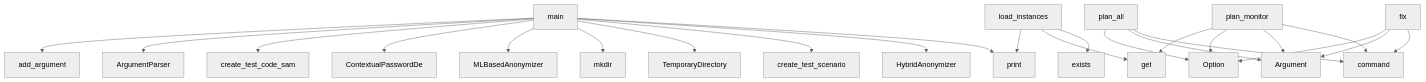
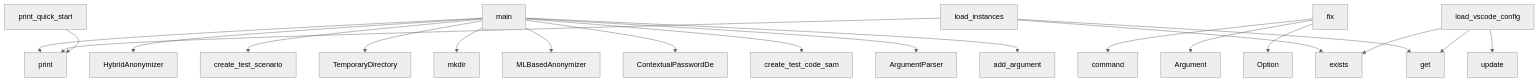
Before and after one commit to semcod/llx: the diagram in project/context.md, drawn with Mermaid (neutral theme). The commit also changed other lines of this file and 82 other files, not shown here.

````diff
--- a/project/context.md
+++ b/project/context.md
@@ -586,26 +583,23 @@
 ```mermaid
 graph TD
     main --> print
     main --> HybridAnonymizer
     main --> create_test_scenario
     main --> TemporaryDirectory
     main --> mkdir
     main --> MLBasedAnonymizer
     fix --> command
     fix --> Argument
     fix --> Option
     main --> ContextualPasswordDe
     main --> create_test_code_sam
-    plan_all --> command
-    plan_all --> Argument
-    plan_all --> Option
     main --> ArgumentParser
     main --> add_argument
     load_instances --> exists
     load_instances --> get
     load_instances --> print
-    plan_monitor --> command
-    plan_monitor --> Argument
-    plan_monitor --> Option
-    plan_monitor --> get
+    print_quick_start --> print
+    load_vscode_config --> exists
+    load_vscode_config --> update
+    load_vscode_config --> get
 ```
````
